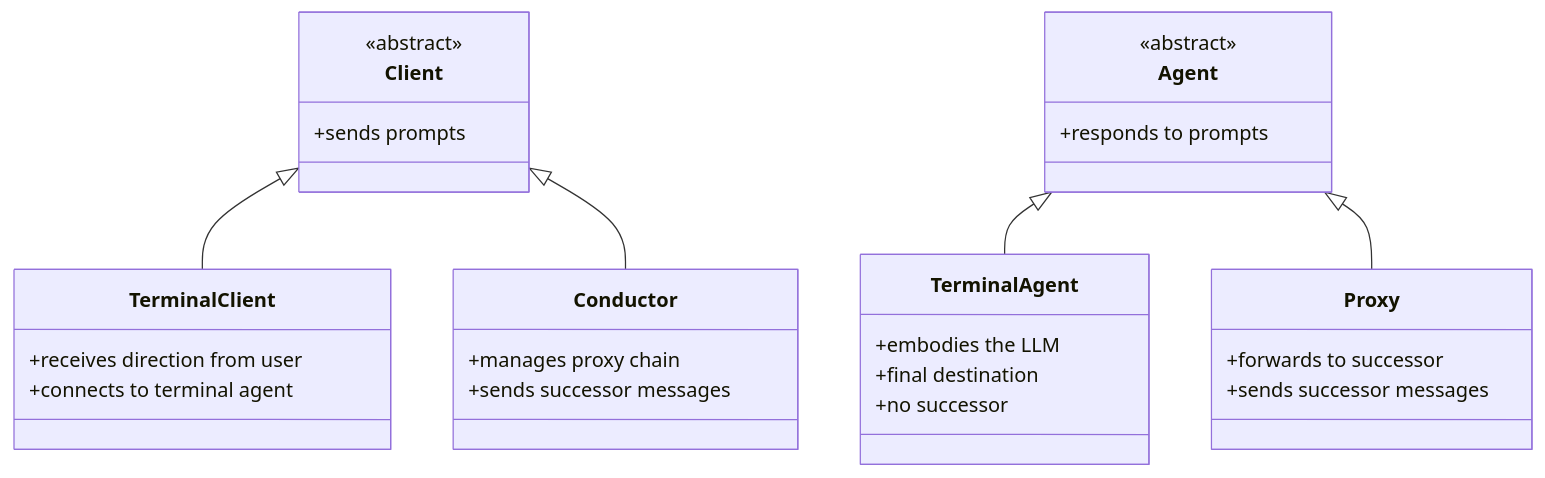
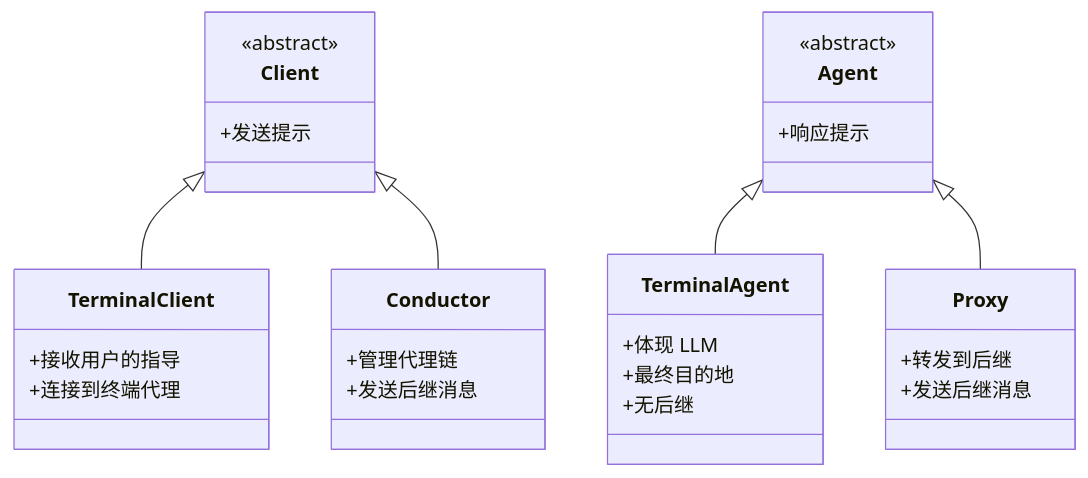
One commit to cxykevin/acp-docs-cn changed the seventh of 11 diagrams in rfds/proxy-chains.mdx. Above: the diagram before and after it, drawn with Mermaid. The commit also changed other lines of this file and 15 other files, not shown here.

````diff
--- a/rfds/proxy-chains.mdx
+++ b/rfds/proxy-chains.mdx
@@ -172,38 +172,38 @@
 ```mermaid
 classDiagram
     class Client {
         <<abstract>>
-        +sends prompts
+        +发送提示
     }
 
     class Agent {
         <<abstract>>
-        +responds to prompts
+        +响应提示
     }
 
     class TerminalClient {
-        +receives direction from user
-        +connects to terminal agent
+        +接收用户的指导
+        +连接到终端代理
     }
 
     class Conductor {
-        +manages proxy chain
-        +sends successor messages
+        +管理代理链
+        +发送后继消息
     }
 
     class TerminalAgent {
-        +embodies the LLM
-        +final destination
-        +no successor
+        +体现 LLM
+        +最终目的地
+        +无后继
     }
 
     class Proxy {
-        +forwards to successor
-        +sends successor messages
+        +转发到后继
+        +发送后继消息
     }
 
     Client <|-- TerminalClient
     Client <|-- Conductor
     Agent <|-- TerminalAgent
     Agent <|-- Proxy
 ```
````
